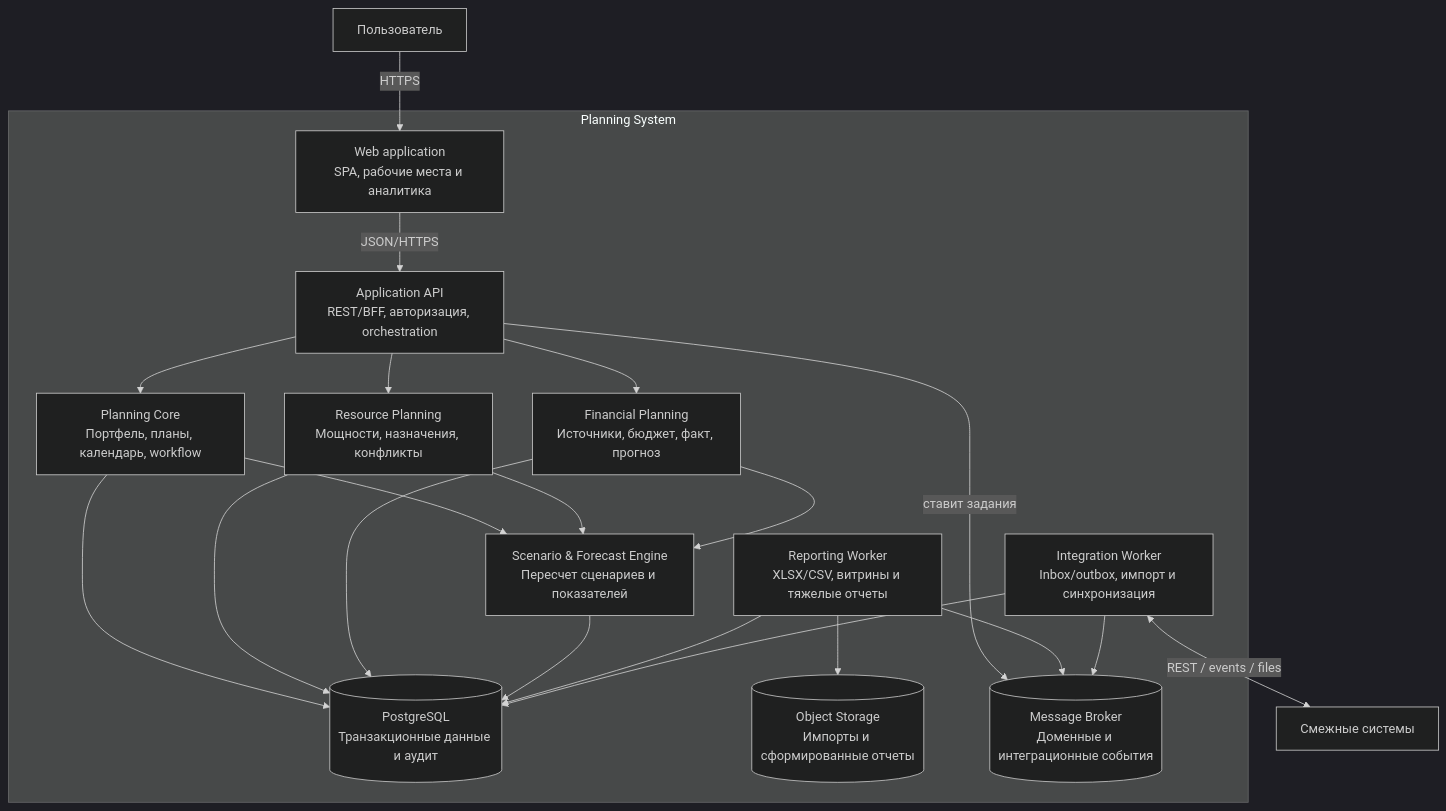
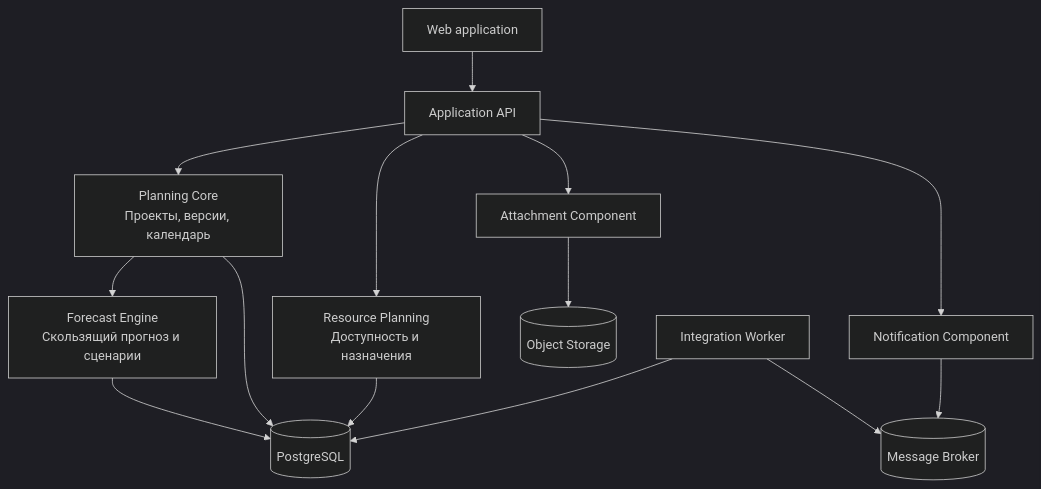
The second of 4 diagrams in planning-system/docs/architecture.md (MEPhI-C22-501/arch-info-system-monorepo), drawn with Mermaid (dark theme) before and after one commit. The commit also changed other lines of this file and 15 other files, not shown here.

Commit message:
docs: finalize planning system requirements

````diff
--- a/planning-system/docs/architecture.md
+++ b/planning-system/docs/architecture.md
@@ -88,39 +30,16 @@
 ```mermaid
 flowchart TB
-  user["Пользователь"]
-  ext["Смежные системы"]
-
-  subgraph ps["Planning System"]
-    web["Web application<br/>SPA, рабочие места и аналитика"]
-    api["Application API<br/>REST/BFF, авторизация, orchestration"]
-    core["Planning Core<br/>Портфель, планы, календарь, workflow"]
-    res["Resource Planning<br/>Мощности, назначения, конфликты"]
-    money["Financial Planning<br/>Источники, бюджет, факт, прогноз"]
-    calc["Scenario & Forecast Engine<br/>Пересчет сценариев и показателей"]
-    report["Reporting Worker<br/>XLSX/CSV, витрины и тяжелые отчеты"]
-    integration["Integration Worker<br/>Inbox/outbox, импорт и синхронизация"]
-    db[("PostgreSQL<br/>Транзакционные данные и аудит")]
-    objects[("Object Storage<br/>Импорты и сформированные отчеты")]
-    broker[("Message Broker<br/>Доменные и интеграционные события")]
-  end
-
-  user -->|"HTTPS"| web
-  web -->|"JSON/HTTPS"| api
-  api --> core
-  api --> res
-  api --> money
-  core --> calc
-  res --> calc
-  money --> calc
-  core --> db
-  res --> db
-  money --> db
-  calc --> db
-  api -->|"ставит задания"| broker
-  report --> broker
-  integration --> broker
-  report --> db
-  report --> objects
-  integration --> db
-  integration <-->|"REST / events / files"| ext
+  web["Web application"] --> api["Application API"]
+  api --> core["Planning Core<br/>Проекты, версии, календарь"]
+  api --> resource["Resource Planning<br/>Доступность и назначения"]
+  core --> forecast["Forecast Engine<br/>Скользящий прогноз и сценарии"]
+  api --> attach["Attachment Component"]
+  api --> notify["Notification Component"]
+  core --> db[("PostgreSQL")]
+  resource --> db
+  forecast --> db
+  attach --> storage[("Object Storage")]
+  integration["Integration Worker"] --> db
+  integration --> broker[("Message Broker")]
+  notify --> broker
 ```
````
